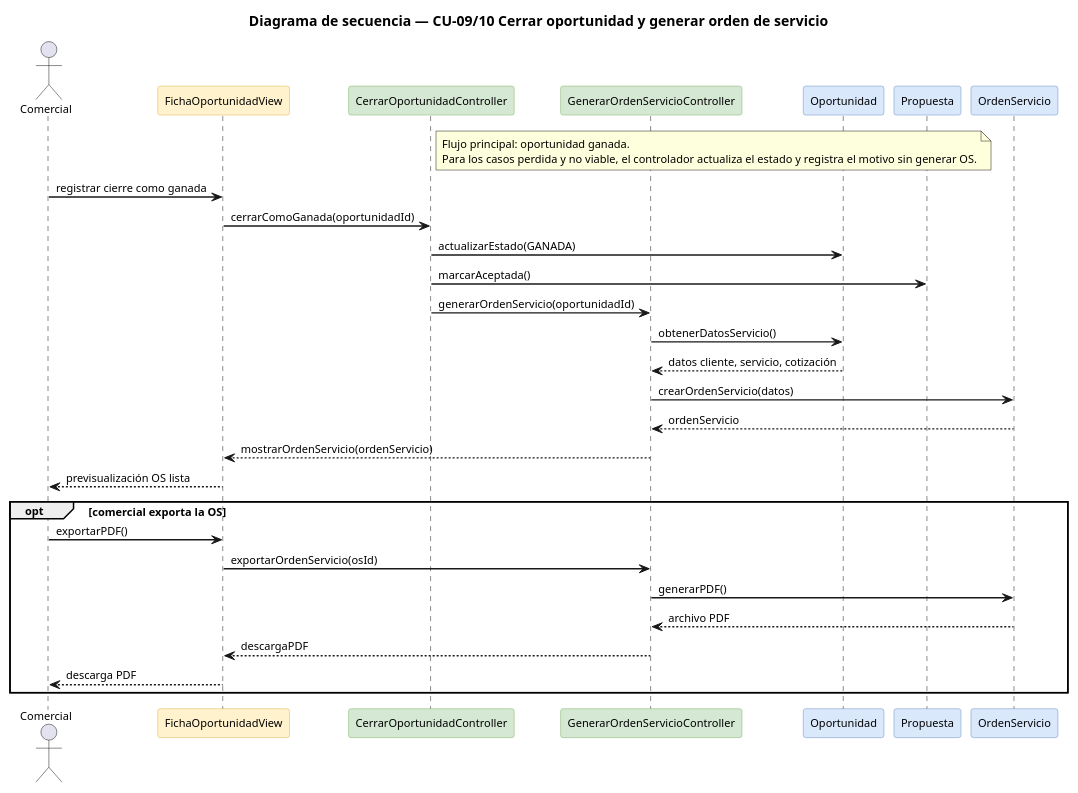
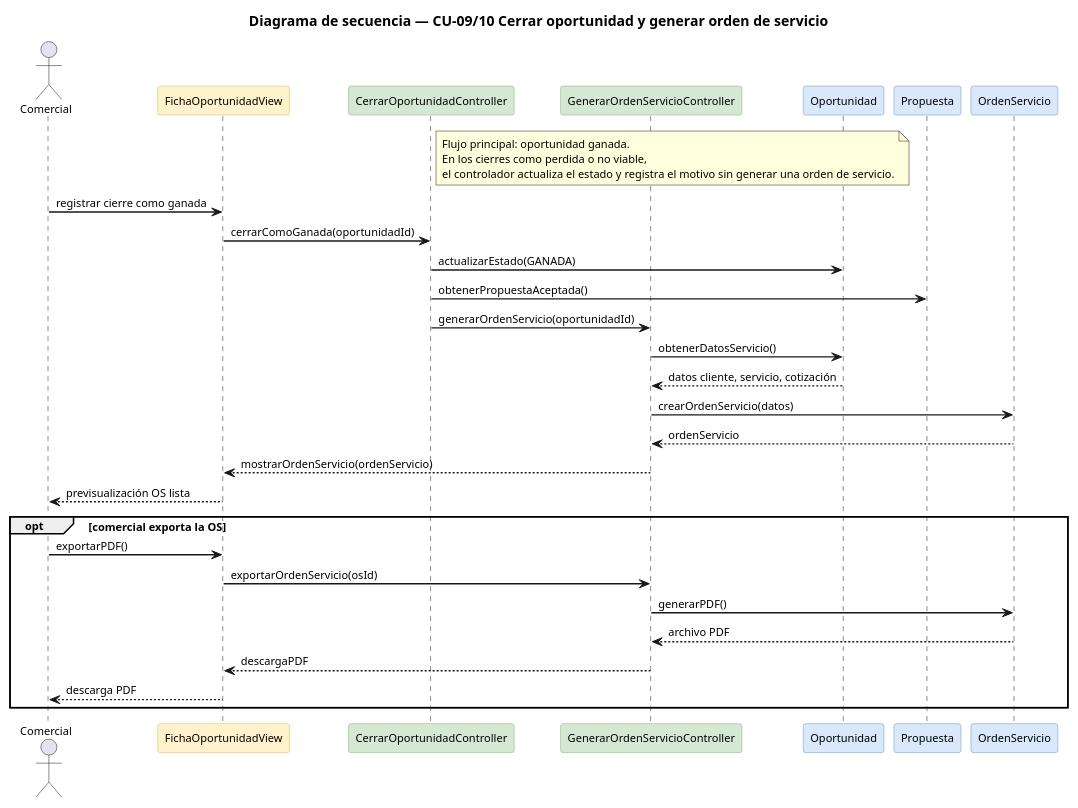
The diagram in docs/analisis-diseno/3.2-analisis-casos-de-uso/secuencia-CU09-10.puml (BrendaLopes/TFG-CRM-BROOKS), drawn with PlantUML before and after one commit. The commit also changed 17 other files, not shown here.

Commit message:
ultimas correciones diagramas arquitectura

```diff
--- a/docs/analisis-diseno/3.2-analisis-casos-de-uso/secuencia-CU09-10.puml
+++ b/docs/analisis-diseno/3.2-analisis-casos-de-uso/secuencia-CU09-10.puml
@@ -1,54 +1,55 @@
 @startuml
 title Diagrama de secuencia — CU-09/10 Cerrar oportunidad y generar orden de servicio
 skinparam shadowing false
 skinparam sequenceArrowThickness 1.4
 skinparam defaultFontSize 11
 hide stereotype
 
 skinparam participant {
   BackgroundColor<<B>> #fff2cc
   BorderColor<<B>> #d6b656
   BackgroundColor<<C>> #d5e8d4
   BorderColor<<C>> #82b366
   BackgroundColor<<E>> #dae8fc
   BorderColor<<E>> #6c8ebf
 }
 
 actor Comercial
 
 participant "FichaOportunidadView" as View <<B>>
 participant "CerrarOportunidadController" as CerrarCtrl <<C>>
 participant "GenerarOrdenServicioController" as OSCtrl <<C>>
 participant "Oportunidad" as Op <<E>>
 participant "Propuesta" as Prop <<E>>
 participant "OrdenServicio" as OS <<E>>
 
 note right of CerrarCtrl
   Flujo principal: oportunidad ganada.
-  Para los casos perdida y no viable, el controlador actualiza el estado y registra el motivo sin generar OS.
+  En los cierres como perdida o no viable, 
+  el controlador actualiza el estado y registra el motivo sin generar una orden de servicio.
 end note
 
 Comercial -> View : registrar cierre como ganada
 View -> CerrarCtrl : cerrarComoGanada(oportunidadId)
 CerrarCtrl -> Op : actualizarEstado(GANADA)
-CerrarCtrl -> Prop : marcarAceptada()
+CerrarCtrl -> Prop : obtenerPropuestaAceptada()
 CerrarCtrl -> OSCtrl : generarOrdenServicio(oportunidadId)
 
 OSCtrl -> Op : obtenerDatosServicio()
 Op --> OSCtrl : datos cliente, servicio, cotización
 OSCtrl -> OS : crearOrdenServicio(datos)
 OS --> OSCtrl : ordenServicio
 
 OSCtrl --> View : mostrarOrdenServicio(ordenServicio)
 View --> Comercial : previsualización OS lista
 
 opt comercial exporta la OS
   Comercial -> View : exportarPDF()
   View -> OSCtrl : exportarOrdenServicio(osId)
   OSCtrl -> OS : generarPDF()
   OS --> OSCtrl : archivo PDF
   OSCtrl --> View : descargaPDF
   View --> Comercial : descarga PDF
 end
 
 @enduml
```
